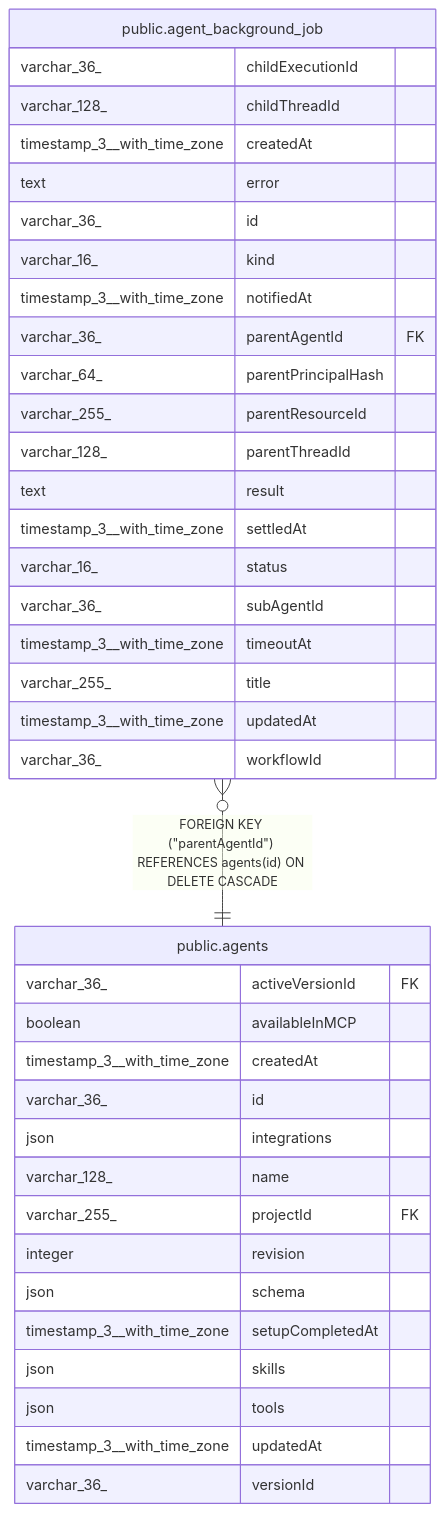
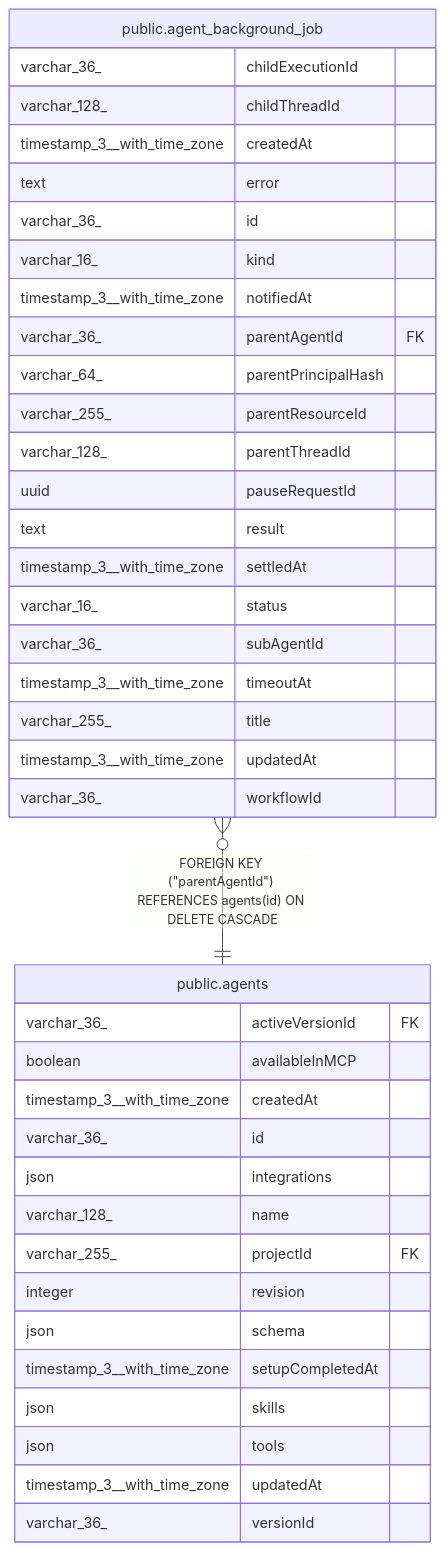
One commit to sreent/n8n changed the diagram in docs/generated/postgres-schema/public.agent_background_job.md. Above: the diagram before and after it, drawn with Mermaid. The commit also changed other lines of this file and 3224 other files, not shown here.

````diff
--- a/docs/generated/postgres-schema/public.agent_background_job.md
+++ b/docs/generated/postgres-schema/public.agent_background_job.md
@@ -60,43 +61,44 @@
 ```mermaid
 erDiagram
 
 "public.agent_background_job" }o--|| "public.agents" : "FOREIGN KEY (#quot;parentAgentId#quot;) REFERENCES agents(id) ON DELETE CASCADE"
 
 "public.agent_background_job" {
   varchar_36_ childExecutionId
   varchar_128_ childThreadId
   timestamp_3__with_time_zone createdAt
   text error
   varchar_36_ id
   varchar_16_ kind
   timestamp_3__with_time_zone notifiedAt
   varchar_36_ parentAgentId FK
   varchar_64_ parentPrincipalHash
   varchar_255_ parentResourceId
   varchar_128_ parentThreadId
+  uuid pauseRequestId
   text result
   timestamp_3__with_time_zone settledAt
   varchar_16_ status
   varchar_36_ subAgentId
   timestamp_3__with_time_zone timeoutAt
   varchar_255_ title
   timestamp_3__with_time_zone updatedAt
   varchar_36_ workflowId
 }
 "public.agents" {
   varchar_36_ activeVersionId FK
   boolean availableInMCP
   timestamp_3__with_time_zone createdAt
   varchar_36_ id
   json integrations
   varchar_128_ name
   varchar_255_ projectId FK
   integer revision
   json schema
   timestamp_3__with_time_zone setupCompletedAt
   json skills
   json tools
   timestamp_3__with_time_zone updatedAt
   varchar_36_ versionId
 }
 ```
````
